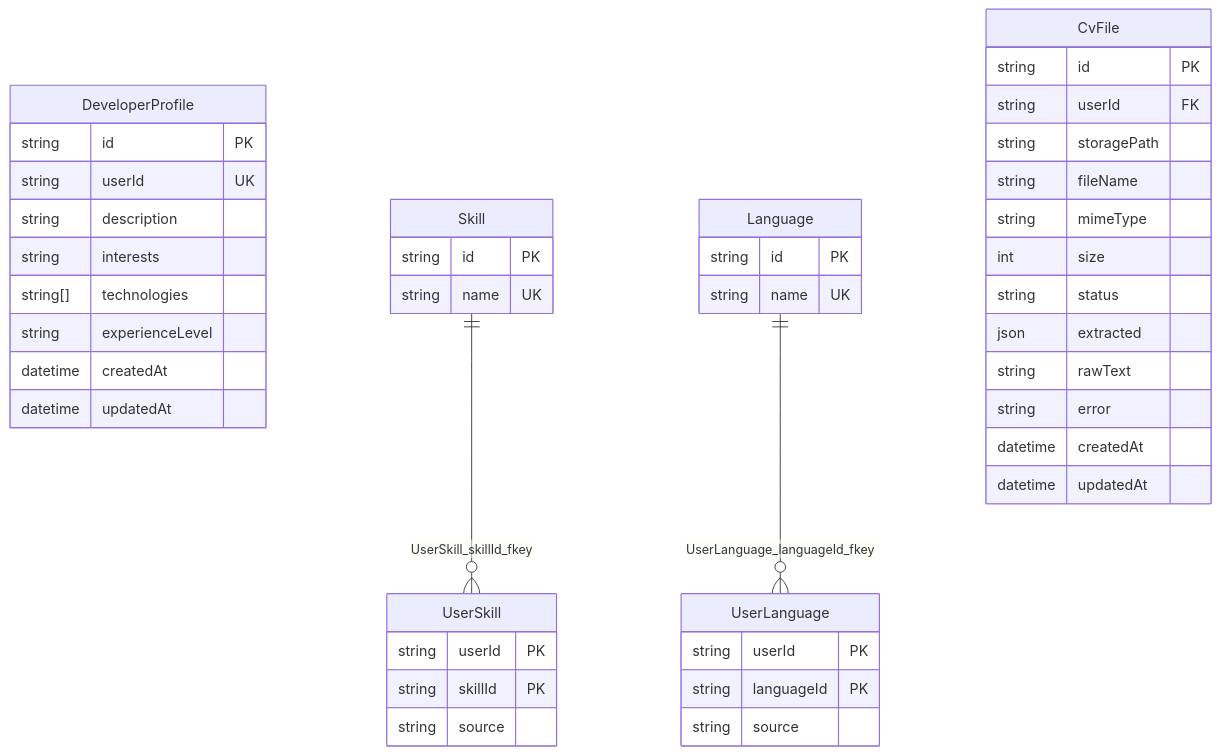
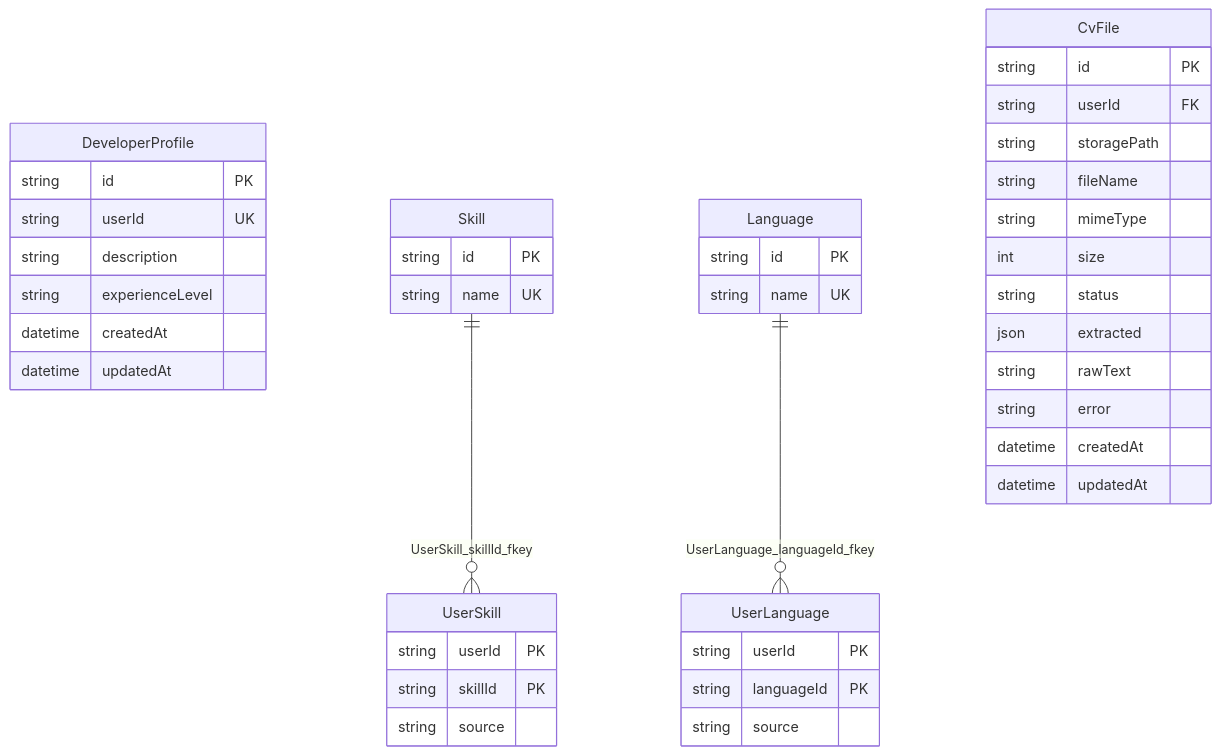
One commit to Slim-Hady/OpenPath changed the second of 10 diagrams in docs/pm/pm1/Docker & DB.md. Above: the diagram before and after it, drawn with Mermaid. The commit also changed other lines of this file and 67 other files, not shown here.

````diff
--- a/docs/pm/pm1/Docker & DB.md
+++ b/docs/pm/pm1/Docker & DB.md
@@ -354,47 +381,45 @@
 ```mermaid
 erDiagram
   DeveloperProfile {
     string id PK
     string userId UK
     string description
-    string interests
-    string[] technologies
     string experienceLevel
     datetime createdAt
     datetime updatedAt
   }
   Skill {
     string id PK
     string name UK
   }
   UserSkill {
     string userId PK
     string skillId PK
     string source
   }
   Language {
     string id PK
     string name UK
   }
   UserLanguage {
     string userId PK
     string languageId PK
     string source
   }
   CvFile {
     string id PK
     string userId FK
     string storagePath
     string fileName
     string mimeType
     int size
     string status
     json extracted
     string rawText
     string error
     datetime createdAt
     datetime updatedAt
   }
   Skill ||--o{ UserSkill : "UserSkill_skillId_fkey"
   Language ||--o{ UserLanguage : "UserLanguage_languageId_fkey"
 ```
````
